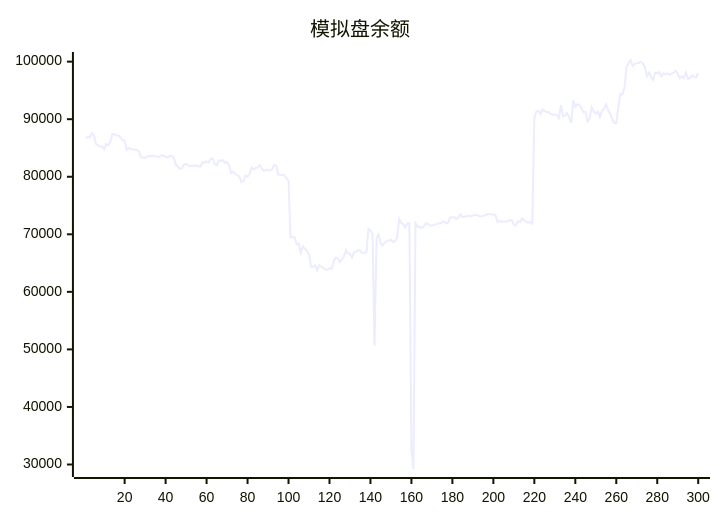
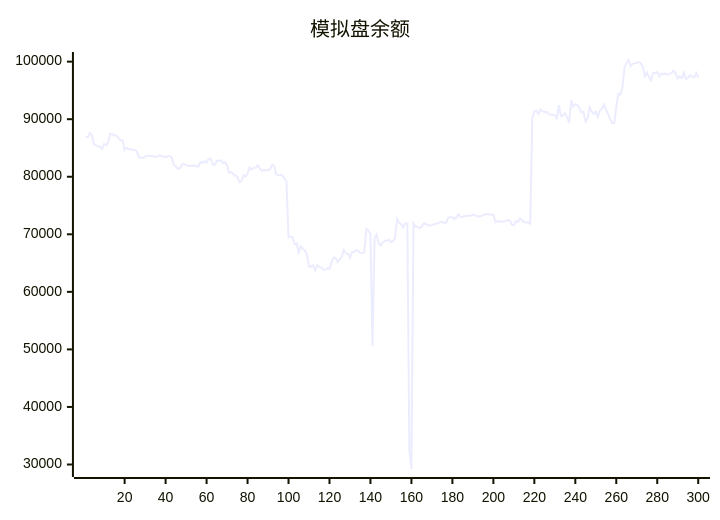
One commit to aahl/ai-trading changed the diagram in README.md. Above: the diagram before and after it, drawn with Mermaid. The commit also changed other lines of this file and 1 other file, not shown here.

````diff
--- a/README.md
+++ b/README.md
@@ -5,5 +5,5 @@
 ```mermaid
 xychart
     title "模拟盘余额"
-    line [86740,86894,86884,87576,87209,85686,85435,85251,85255,84820,85689,85453,86066,87420,87373,87161,87178,86740,86341,86315,84643,85012,84772,84768,84690,84635,84376,83360,83357,83259,83474,83608,83606,83602,83548,83440,83454,83724,83644,83464,83365,83590,83592,83275,82072,81806,81344,81492,82109,82254,82006,81848,81955,81829,82022,81769,81776,82522,82441,82656,82498,83144,83144,82150,82038,82797,82763,82872,82367,82536,81981,80612,80862,80484,80242,80034,79063,79245,80226,80016,80507,81625,81233,81544,81578,82016,81401,81019,81186,81130,81118,81306,82066,81909,80392,80304,80291,80258,79729,79261,69466,69579,69456,68251,68415,66832,67911,67462,67144,66432,64380,64375,64606,63740,64647,64324,64216,63842,63877,64078,64008,65156,65945,65888,65157,65625,66144,67284,66653,66639,65924,66925,66956,67263,67108,66766,66729,66886,70927,70673,70049,50652,69334,69973,68400,68061,68578,68876,68879,69055,68662,68822,69329,72687,71999,71760,71162,71911,71896,32500,29218,71927,71297,71305,71044,71337,71883,71822,71536,71536,71622,71723,71880,71860,72100,72216,71887,72077,72940,72976,72966,72638,72948,73497,73004,73041,73173,73160,73186,73258,73375,73351,73173,73098,73161,73305,73474,73536,73457,73413,73412,72100,72333,72164,72272,72204,72285,72461,72421,71652,71521,72267,72157,72774,72424,72144,72060,72091,71858,90185,91338,91466,90900,91678,91404,91268,91244,90903,90779,90787,90721,90187,92429,90518,90619,91070,90328,89376,93286,92202,92581,92485,91947,91196,91259,89619,90086,92063,91355,90950,91327,90373,91498,91800,92531,91603,90910,90031,89351,89334,92097,94406,94315,95455,98972,99763,100286,99229,99622,99701,99805,99938,99738,99082,97430,98094,97267,96741,98081,98013,98194,97447,97983,97789,97969,97729,97911,98043,98405,97912,97120,97448,97154,98095,97021,97190,97616,97402,97263,98035]
+    line [86894,86884,87576,87209,85686,85435,85251,85255,84820,85689,85453,86066,87420,87373,87161,87178,86740,86341,86315,84643,85012,84772,84768,84690,84635,84376,83360,83357,83259,83474,83608,83606,83602,83548,83440,83454,83724,83644,83464,83365,83590,83592,83275,82072,81806,81344,81492,82109,82254,82006,81848,81955,81829,82022,81769,81776,82522,82441,82656,82498,83144,83144,82150,82038,82797,82763,82872,82367,82536,81981,80612,80862,80484,80242,80034,79063,79245,80226,80016,80507,81625,81233,81544,81578,82016,81401,81019,81186,81130,81118,81306,82066,81909,80392,80304,80291,80258,79729,79261,69466,69579,69456,68251,68415,66832,67911,67462,67144,66432,64380,64375,64606,63740,64647,64324,64216,63842,63877,64078,64008,65156,65945,65888,65157,65625,66144,67284,66653,66639,65924,66925,66956,67263,67108,66766,66729,66886,70927,70673,70049,50652,69334,69973,68400,68061,68578,68876,68879,69055,68662,68822,69329,72687,71999,71760,71162,71911,71896,32500,29218,71927,71297,71305,71044,71337,71883,71822,71536,71536,71622,71723,71880,71860,72100,72216,71887,72077,72940,72976,72966,72638,72948,73497,73004,73041,73173,73160,73186,73258,73375,73351,73173,73098,73161,73305,73474,73536,73457,73413,73412,72100,72333,72164,72272,72204,72285,72461,72421,71652,71521,72267,72157,72774,72424,72144,72060,72091,71858,90185,91338,91466,90900,91678,91404,91268,91244,90903,90779,90787,90721,90187,92429,90518,90619,91070,90328,89376,93286,92202,92581,92485,91947,91196,91259,89619,90086,92063,91355,90950,91327,90373,91498,91800,92531,91603,90910,90031,89351,89334,92097,94406,94315,95455,98972,99763,100286,99229,99622,99701,99805,99938,99738,99082,97430,98094,97267,96741,98081,98013,98194,97447,97983,97789,97969,97729,97911,98043,98405,97912,97120,97448,97154,98095,97021,97190,97616,97402,97263,98035,97210]
 ```
````
